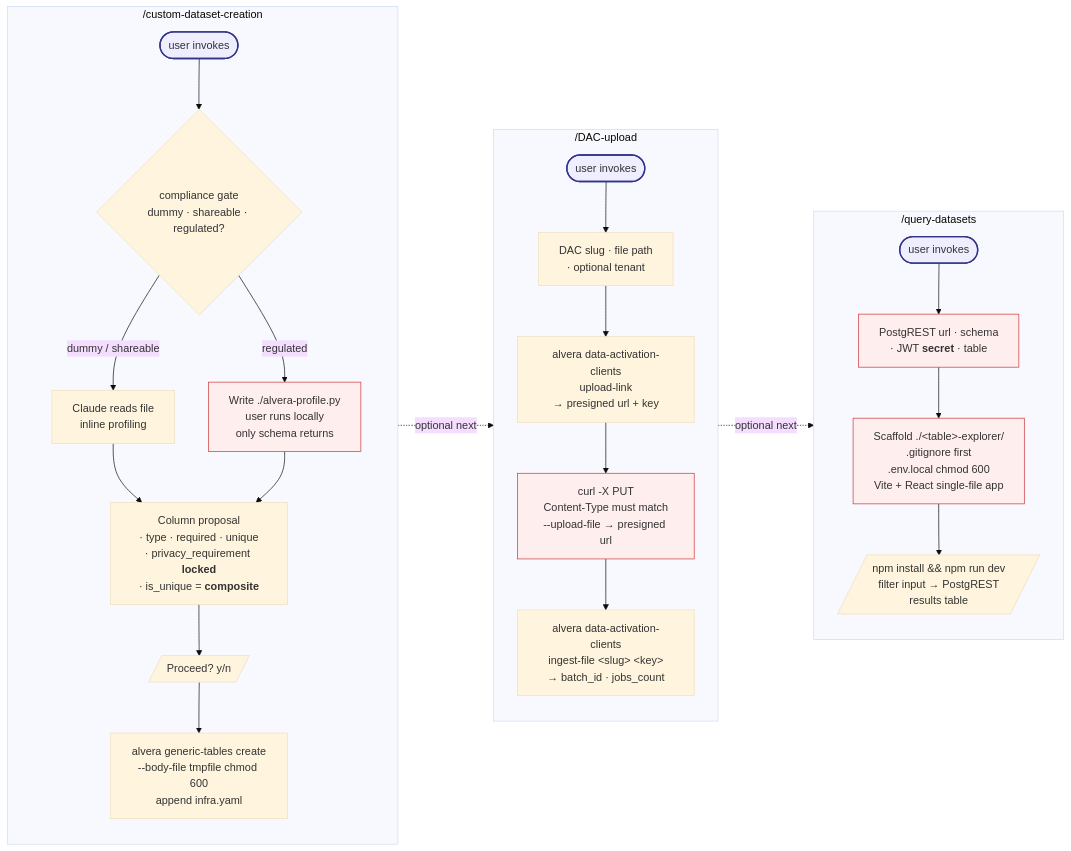
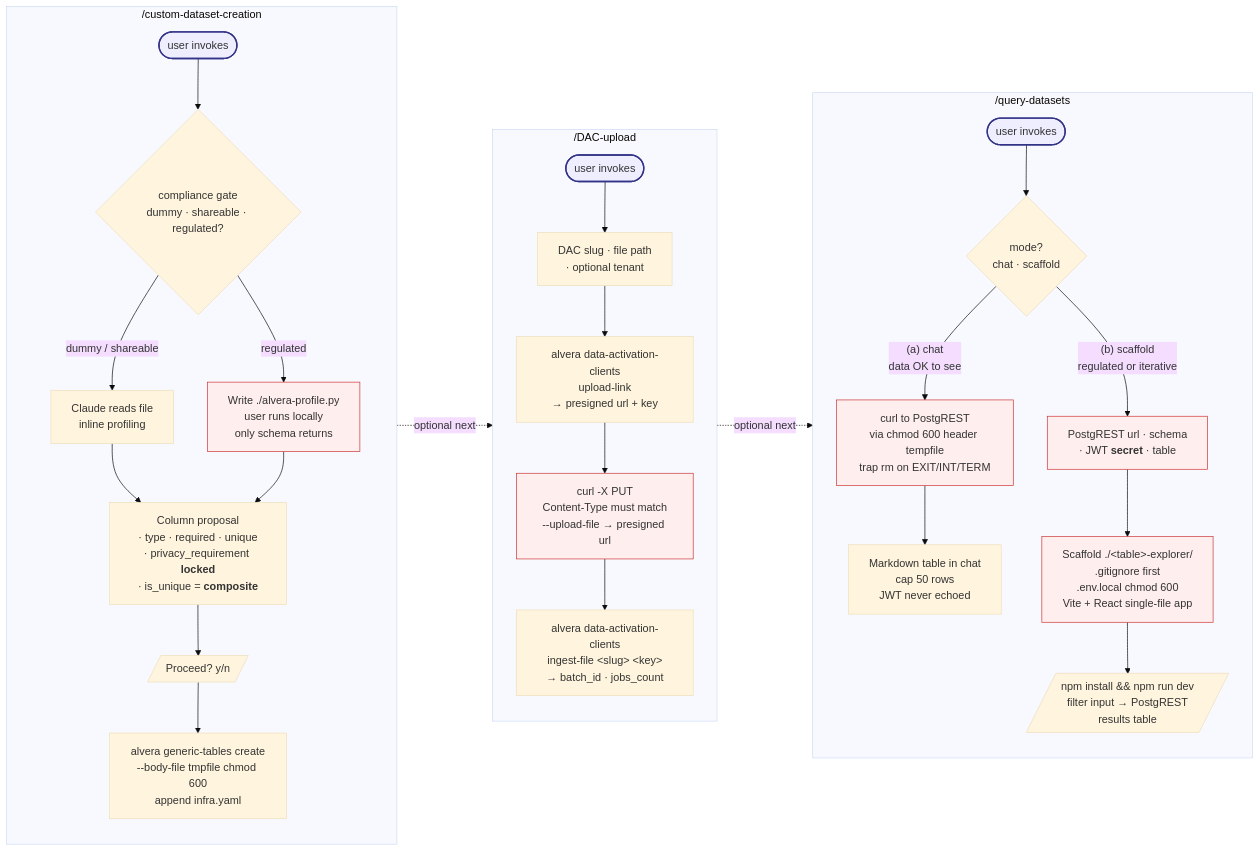
One commit to alvera-ai/alvera-agent changed the diagram in plugins/platform-setup/README.md. Above: the diagram before and after it, drawn with Mermaid (base theme). The commit also changed other lines of this file and 3 other files, not shown here.

First line of the commit message:
feat(query-datasets): add chat mode alongside React scaffold

````diff
--- a/plugins/platform-setup/README.md
+++ b/plugins/platform-setup/README.md
@@ -19,36 +19,39 @@
 ```mermaid
 flowchart LR
     subgraph cdc ["/custom-dataset-creation"]
         direction TB
         start1([user invokes]) --> gate{compliance gate<br/>dummy · shareable · regulated?}
         gate -->|dummy / shareable| inline[Claude reads file<br/>inline profiling]
         gate -->|regulated| script[Write ./alvera-profile.py<br/>user runs locally<br/>only schema returns]
         inline --> prop[Column proposal<br/>· type · required · unique<br/>· privacy_requirement <b>locked</b><br/>· is_unique = <b>composite</b>]
         script --> prop
         prop --> confirm[/Proceed? y/n/]
         confirm --> create[alvera generic-tables create<br/>--body-file tmpfile chmod 600<br/>append infra.yaml]
     end
 
     subgraph dac ["/DAC-upload"]
         direction TB
         start2([user invokes]) --> elicit1[DAC slug · file path<br/>· optional tenant]
         elicit1 --> link[alvera data-activation-clients<br/>upload-link<br/>→ presigned url + key]
         link --> put[curl -X PUT<br/>Content-Type must match<br/>--upload-file → presigned url]
         put --> ingest[alvera data-activation-clients<br/>ingest-file &lt;slug&gt; &lt;key&gt;<br/>→ batch_id · jobs_count]
     end
 
     subgraph qd ["/query-datasets"]
         direction TB
-        start3([user invokes]) --> elicit2[PostgREST url · schema<br/>· JWT <b>secret</b> · table]
+        start3([user invokes]) --> mode{mode?<br/>chat · scaffold}
+        mode -->|"(a) chat<br/>data OK to see"| chat[curl to PostgREST<br/>via chmod 600 header tempfile<br/>trap rm on EXIT/INT/TERM]
+        chat --> render[Markdown table in chat<br/>cap 50 rows<br/>JWT never echoed]
+        mode -->|"(b) scaffold<br/>regulated or iterative"| elicit2[PostgREST url · schema<br/>· JWT <b>secret</b> · table]
         elicit2 --> scaffold[Scaffold ./&lt;table&gt;-explorer/<br/>.gitignore first<br/>.env.local chmod 600<br/>Vite + React single-file app]
         scaffold --> handoff[/npm install && npm run dev<br/>filter input → PostgREST<br/>results table/]
     end
 
     create -. optional next .-> start2
     ingest -. optional next .-> start3
 
     classDef entry fill:#eef,stroke:#338,stroke-width:2px
     classDef secret fill:#fee,stroke:#c33,stroke-width:1px
     class start1,start2,start3 entry
-    class script,put,elicit2,scaffold secret
+    class script,put,chat,elicit2,scaffold secret
 ```
````
